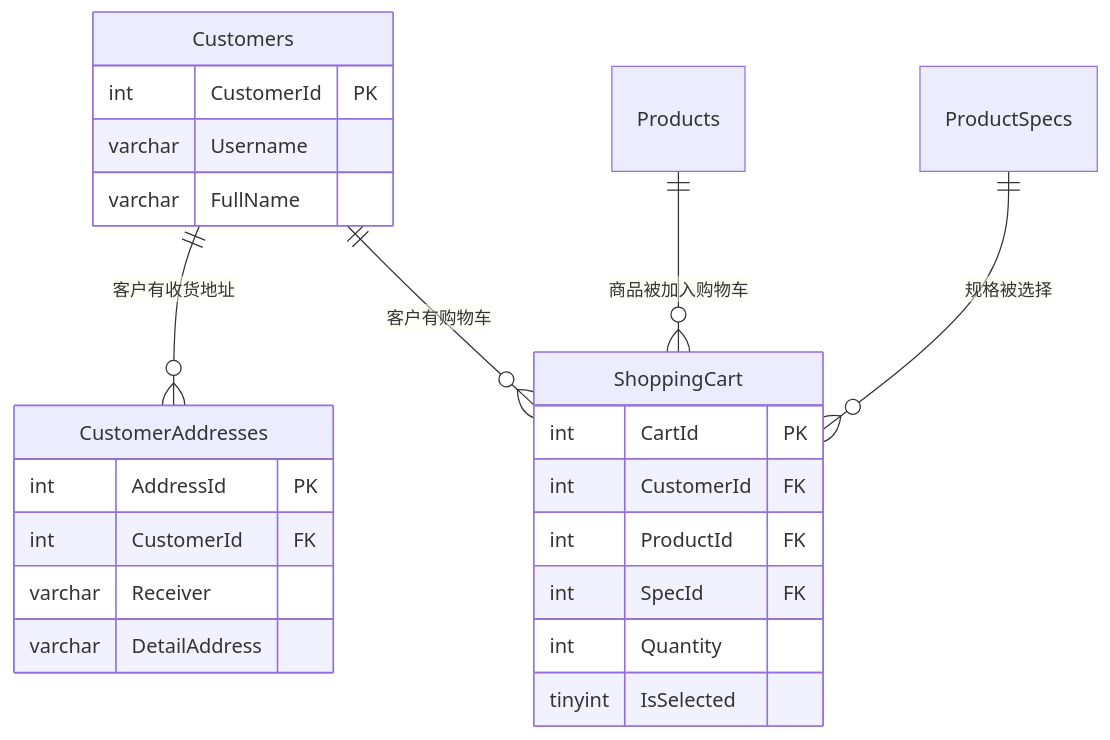
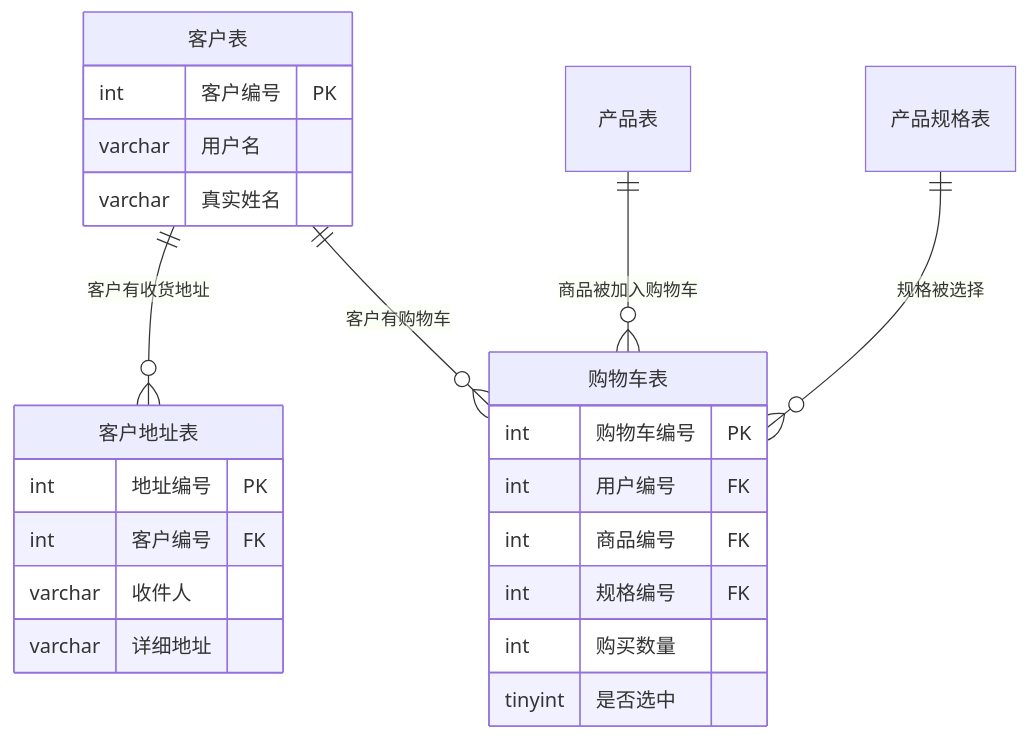
Before and after one commit to yangboyuth/effective-palm-tree: the fourth of 8 diagrams in KCGL_ER.md, drawn with Mermaid. The commit also changed other lines of this file, not shown here.

````diff
--- a/KCGL_ER.md
+++ b/KCGL_ER.md
@@ -114,27 +114,27 @@
 ```mermaid
 erDiagram
-    Customers ||--o{ CustomerAddresses : "客户有收货地址"
-    Customers ||--o{ ShoppingCart : "客户有购物车"
-    Products ||--o{ ShoppingCart : "商品被加入购物车"
-    ProductSpecs ||--o{ ShoppingCart : "规格被选择"
+    "客户表" ||--o{ "客户地址表" : "客户有收货地址"
+    "客户表" ||--o{ "购物车表" : "客户有购物车"
+    "产品表" ||--o{ "购物车表" : "商品被加入购物车"
+    "产品规格表" ||--o{ "购物车表" : "规格被选择"
 
-    Customers {
-        int CustomerId PK
-        varchar Username
-        varchar FullName
+    "客户表" {
+        int 客户编号 PK
+        varchar 用户名
+        varchar 真实姓名
     }
-    CustomerAddresses {
-        int AddressId PK
-        int CustomerId FK
-        varchar Receiver
-        varchar DetailAddress
+    "客户地址表" {
+        int 地址编号 PK
+        int 客户编号 FK
+        varchar 收件人
+        varchar 详细地址
     }
-    ShoppingCart {
-        int CartId PK
-        int CustomerId FK
-        int ProductId FK
-        int SpecId FK
-        int Quantity
-        tinyint IsSelected
+    "购物车表" {
+        int 购物车编号 PK
+        int 用户编号 FK
+        int 商品编号 FK
+        int 规格编号 FK
+        int 购买数量
+        tinyint 是否选中
     }
 ```
````
